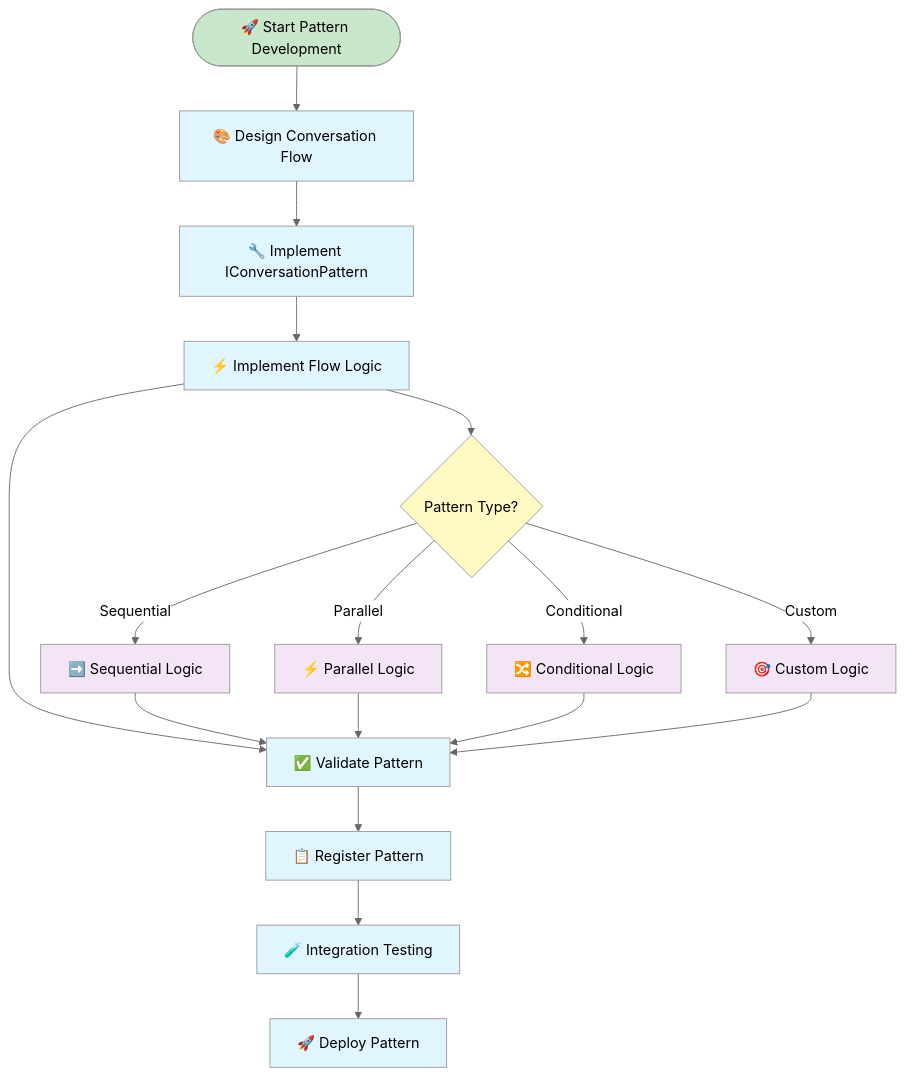
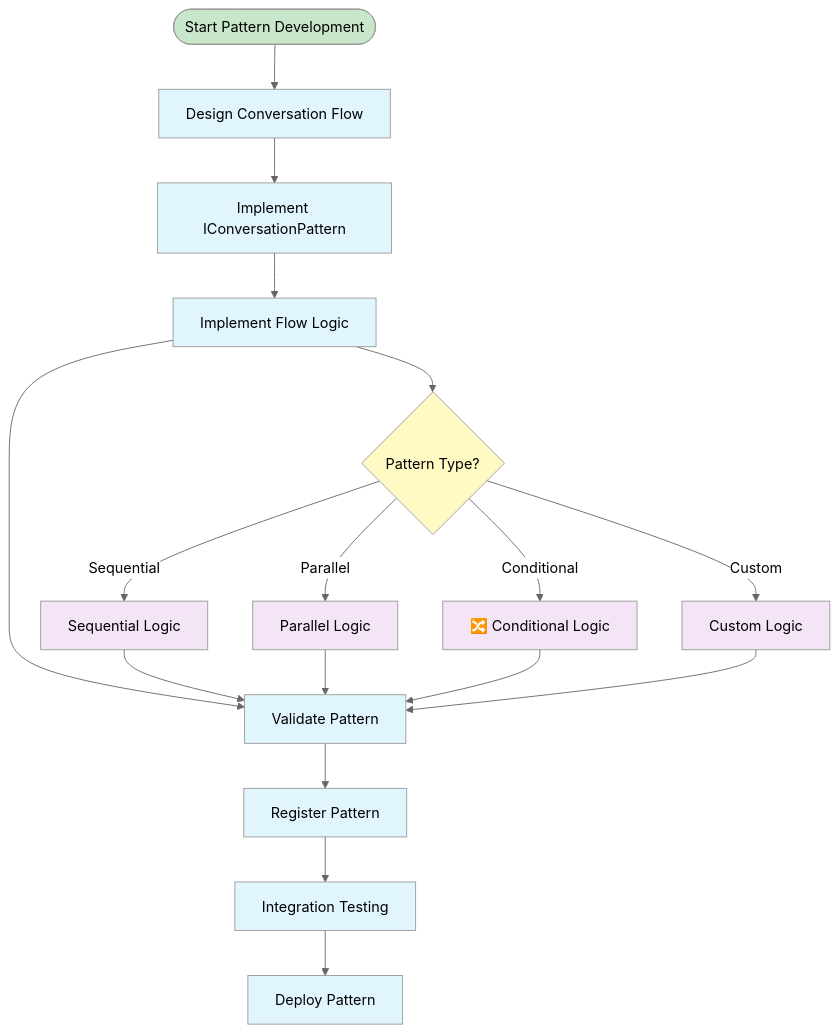
Before and after one commit to the-ingenious-dark-knight/Insight_Ingenious: the sixth of 11 diagrams in docs/development/README.md, drawn with Mermaid (neutral theme). The commit also changed other lines of this file and 23 other files, not shown here.

````diff
--- a/docs/development/README.md
+++ b/docs/development/README.md
@@ -466,31 +466,31 @@
 ```mermaid
 flowchart TD
-    START([🚀 Start Pattern Development]) --> DESIGN[🎨 Design Conversation Flow]
-    DESIGN --> INTERFACE[🔧 Implement IConversationPattern]
-    INTERFACE --> LOGIC[⚡ Implement Flow Logic]
-    LOGIC --> VALIDATE[✅ Validate Pattern]
-    VALIDATE --> REGISTER[📋 Register Pattern]
-    REGISTER --> TEST[🧪 Integration Testing]
-    TEST --> DEPLOY[🚀 Deploy Pattern]
+    START([ Start Pattern Development]) --> DESIGN[ Design Conversation Flow]
+    DESIGN --> INTERFACE[ Implement IConversationPattern]
+    INTERFACE --> LOGIC[ Implement Flow Logic]
+    LOGIC --> VALIDATE[ Validate Pattern]
+    VALIDATE --> REGISTER[ Register Pattern]
+    REGISTER --> TEST[ Integration Testing]
+    TEST --> DEPLOY[ Deploy Pattern]
 
     LOGIC --> SEQUENTIAL{Pattern Type?}
-    SEQUENTIAL -->|Sequential| SEQ_LOGIC[➡️ Sequential Logic]
-    SEQUENTIAL -->|Parallel| PAR_LOGIC[⚡ Parallel Logic]
+    SEQUENTIAL -->|Sequential| SEQ_LOGIC[ Sequential Logic]
+    SEQUENTIAL -->|Parallel| PAR_LOGIC[ Parallel Logic]
     SEQUENTIAL -->|Conditional| COND_LOGIC[🔀 Conditional Logic]
-    SEQUENTIAL -->|Custom| CUSTOM_LOGIC[🎯 Custom Logic]
+    SEQUENTIAL -->|Custom| CUSTOM_LOGIC[ Custom Logic]
 
     SEQ_LOGIC --> VALIDATE
     PAR_LOGIC --> VALIDATE
     COND_LOGIC --> VALIDATE
     CUSTOM_LOGIC --> VALIDATE
 
     classDef start fill:#c8e6c9
     classDef process fill:#e1f5fe
     classDef decision fill:#fff9c4
     classDef pattern fill:#f3e5f5
 
     class START start
     class DESIGN,INTERFACE,LOGIC,VALIDATE,REGISTER,TEST,DEPLOY process
     class SEQUENTIAL decision
     class SEQ_LOGIC,PAR_LOGIC,COND_LOGIC,CUSTOM_LOGIC pattern
 ```
````
